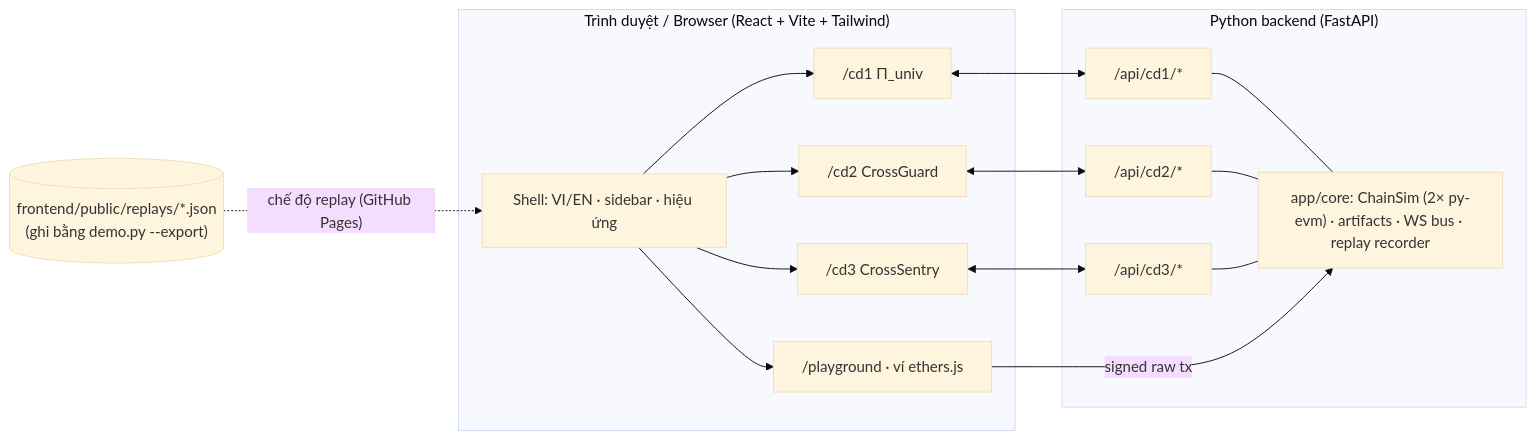
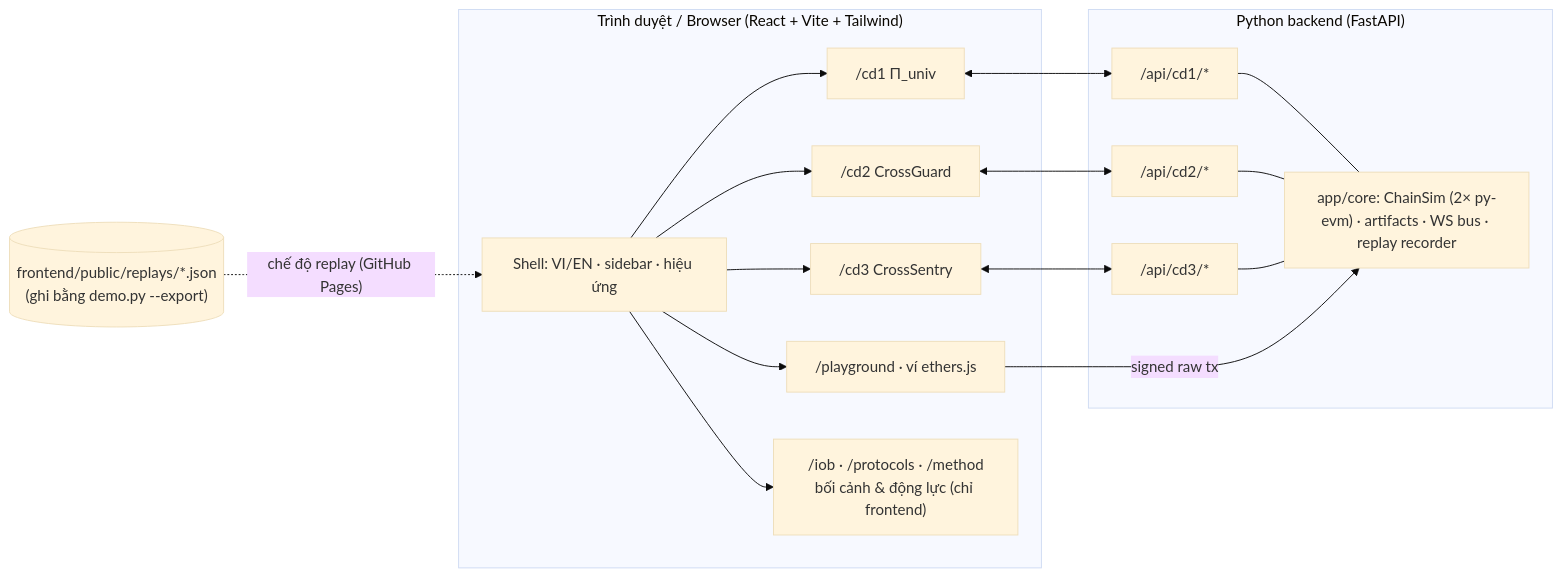
The diagram in README.md (dungtran183/CrossChain-SDLC), drawn with Mermaid (base theme) before and after one commit. The commit also changed other lines of this file and 27 other files, not shown here.

````diff
--- a/README.md
+++ b/README.md
@@ -43,20 +52,21 @@
 ```mermaid
 flowchart LR
   subgraph Browser["Trình duyệt / Browser (React + Vite + Tailwind)"]
     Shell["Shell: VI/EN · sidebar · hiệu ứng"] --> P1["/cd1 Π_univ"]
     Shell --> P2["/cd2 CrossGuard"]
     Shell --> P3["/cd3 CrossSentry"]
     Shell --> PG["/playground · ví ethers.js"]
+    Shell --> CX["/iob · /protocols · /method<br/>bối cảnh & động lực (chỉ frontend)"]
   end
   subgraph Backend["Python backend (FastAPI)"]
     R1["/api/cd1/*"] --- Core
     R2["/api/cd2/*"] --- Core
     R3["/api/cd3/*"] --- Core
     Core["app/core: ChainSim (2× py-evm) · artifacts · WS bus · replay recorder"]
   end
   P1 <--> R1
   P2 <--> R2
   P3 <--> R3
   PG -- "signed raw tx" --> Core
   Replay[("frontend/public/replays/*.json<br/>(ghi bằng demo.py --export)")] -. "chế độ replay (GitHub Pages)" .-> Shell
 ```
````
